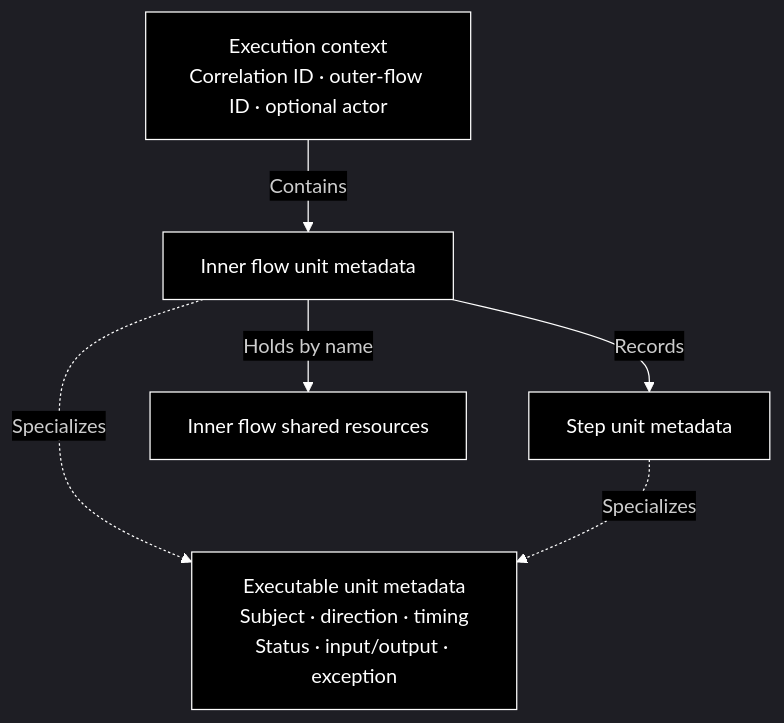
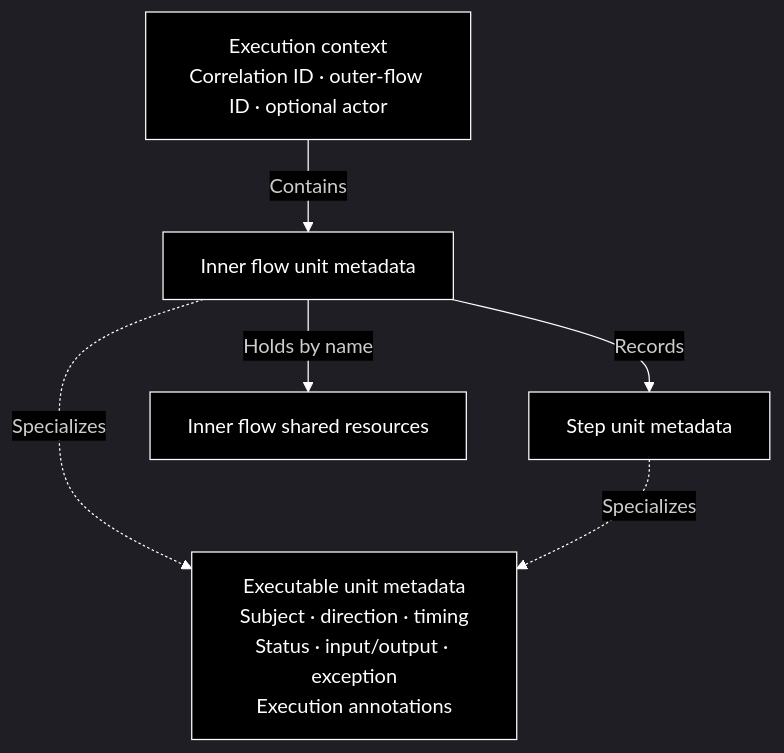
One commit to clean-arch-enablers-project/clean-execution-context changed the second of 3 diagrams in concept/README.md. Above: the diagram before and after it, drawn with Mermaid. The commit also changed other lines of this file and 4 other files, not shown here.

Commit message:
feat: record annotations on execution units

````diff
--- a/concept/README.md
+++ b/concept/README.md
@@ -105,12 +106,12 @@
 ```mermaid
 %%{init: {'theme': 'dark', 'themeVariables': {'lineColor': '#ffffff', 'edgeLabelBackground': '#000000', 'primaryTextColor': '#ffffff'}}}%%
 flowchart TD
     context["Execution context<br/>Correlation ID · outer-flow ID · optional actor"]
     context -->|Contains| flow["Inner flow unit metadata"]
     flow -->|Records| steps["Step unit metadata"]
     flow -->|Holds by name| resources["Inner flow shared resources"]
-    flow -.->|Specializes| common["Executable unit metadata<br/>Subject · direction · timing<br/>Status · input/output · exception"]
+    flow -.->|Specializes| common["Executable unit metadata<br/>Subject · direction · timing<br/>Status · input/output · exception<br/>Execution annotations"]
     steps -.->|Specializes| common
 
     classDef default fill:#000000,stroke:#ffffff,color:#ffffff
 ```
````
